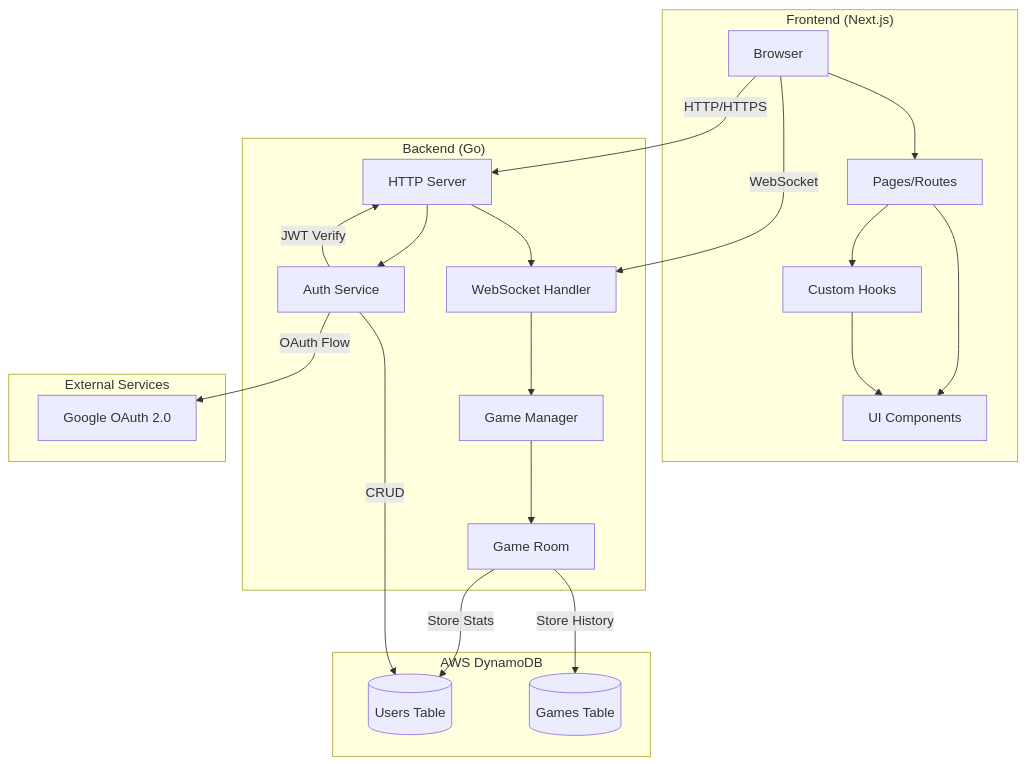
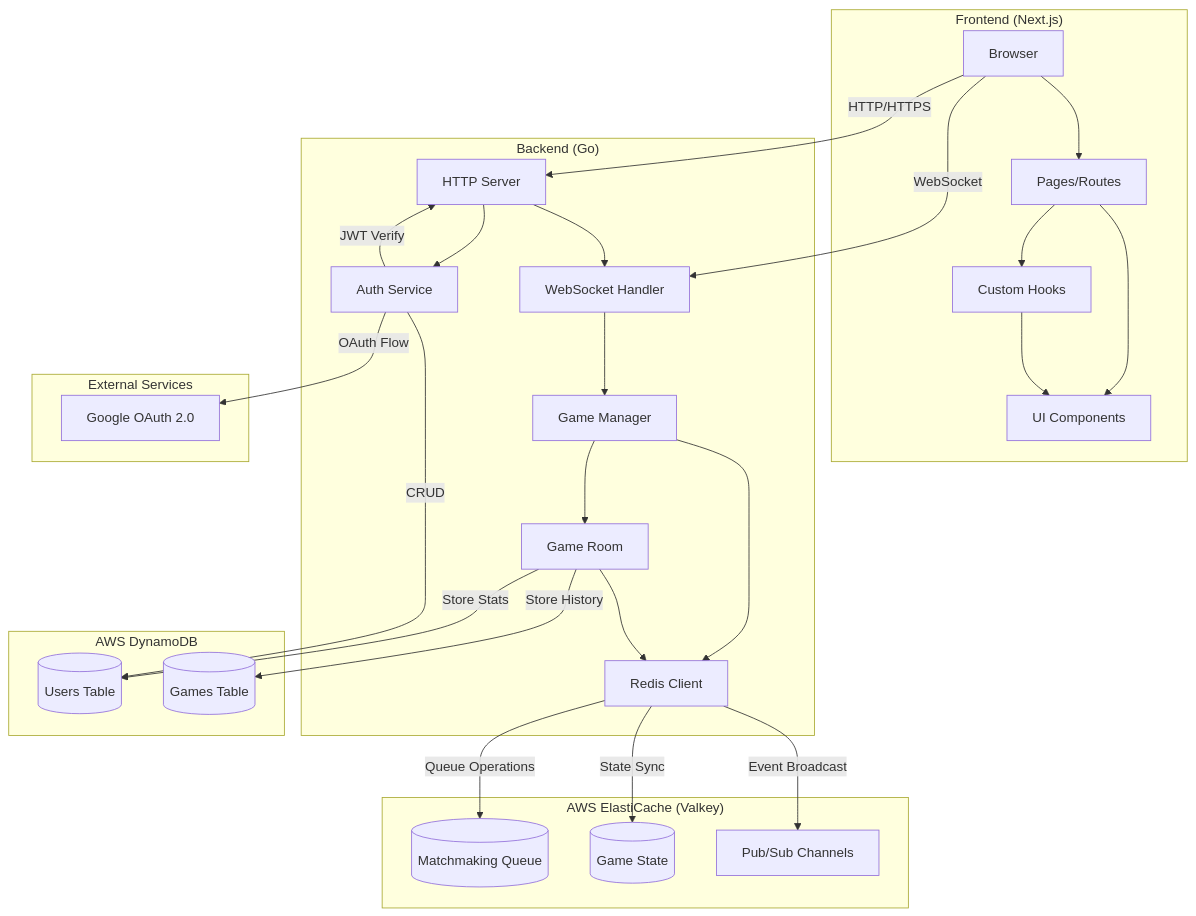
One commit to mauricedolibois/overcookied changed the first of 13 diagrams in docs/architecture/ARCHITECTURE_DIAGRAM.md. Above: the diagram before and after it, drawn with Mermaid. The commit also changed other lines of this file and 5 other files, not shown here.

````diff
--- a/docs/architecture/ARCHITECTURE_DIAGRAM.md
+++ b/docs/architecture/ARCHITECTURE_DIAGRAM.md
@@ -5,44 +5,56 @@
 ```mermaid
 graph TB
     subgraph Client["Frontend (Next.js)"]
         Browser[Browser]
         Pages[Pages/Routes]
         Hooks[Custom Hooks]
         Components[UI Components]
         
         Browser --> Pages
         Pages --> Hooks
         Pages --> Components
         Hooks --> Components
     end
 
     subgraph Backend["Backend (Go)"]
         HTTPServer[HTTP Server]
         WSHandler[WebSocket Handler]
         GameManager[Game Manager]
         GameRoom[Game Room]
         Auth[Auth Service]
+        RedisClient[Redis Client]
         
         HTTPServer --> WSHandler
         HTTPServer --> Auth
         WSHandler --> GameManager
         GameManager --> GameRoom
+        GameManager --> RedisClient
+        GameRoom --> RedisClient
+    end
+
+    subgraph Cache["AWS ElastiCache (Valkey)"]
+        MatchQueue[(Matchmaking Queue)]
+        GameState[(Game State)]
+        PubSub[Pub/Sub Channels]
     end
 
     subgraph Database["AWS DynamoDB"]
         UsersTable[(Users Table)]
         GamesTable[(Games Table)]
     end
 
     subgraph External["External Services"]
         GoogleOAuth[Google OAuth 2.0]
     end
 
     Browser -->|HTTP/HTTPS| HTTPServer
     Browser -->|WebSocket| WSHandler
     Auth -->|JWT Verify| HTTPServer
     Auth -->|OAuth Flow| GoogleOAuth
+    RedisClient -->|Queue Operations| MatchQueue
+    RedisClient -->|State Sync| GameState
+    RedisClient -->|Event Broadcast| PubSub
     GameRoom -->|Store Stats| UsersTable
     GameRoom -->|Store History| GamesTable
     Auth -->|CRUD| UsersTable
 ```
````
